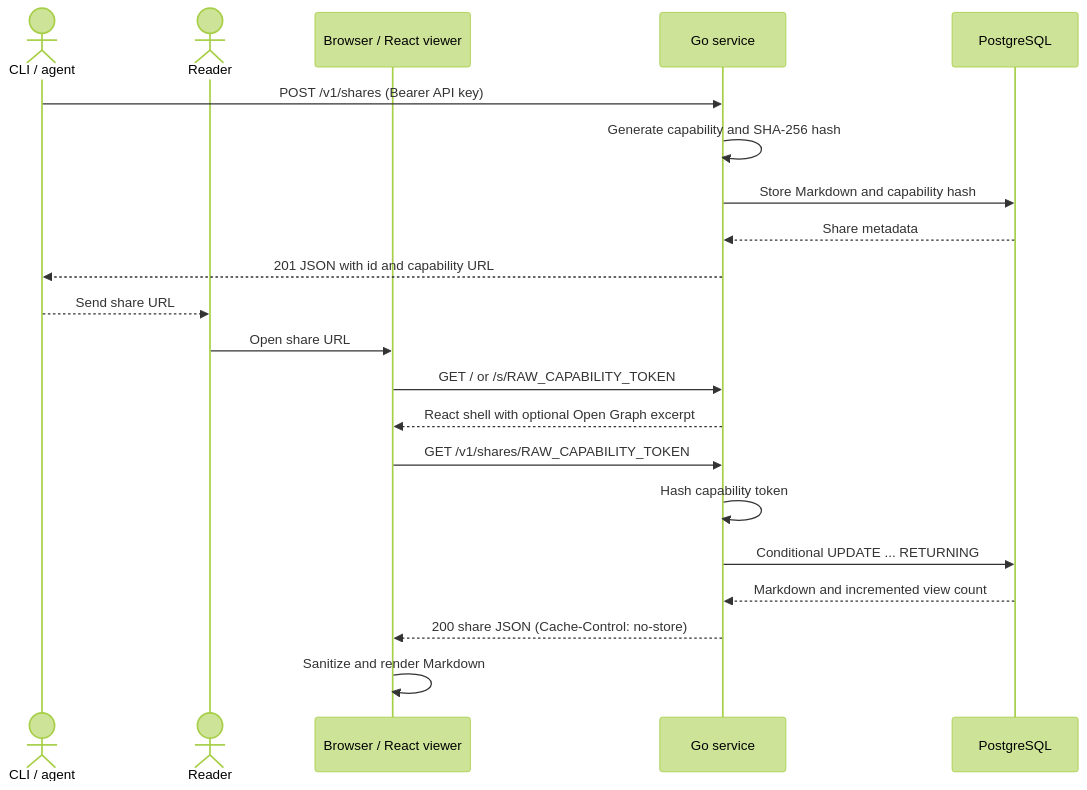
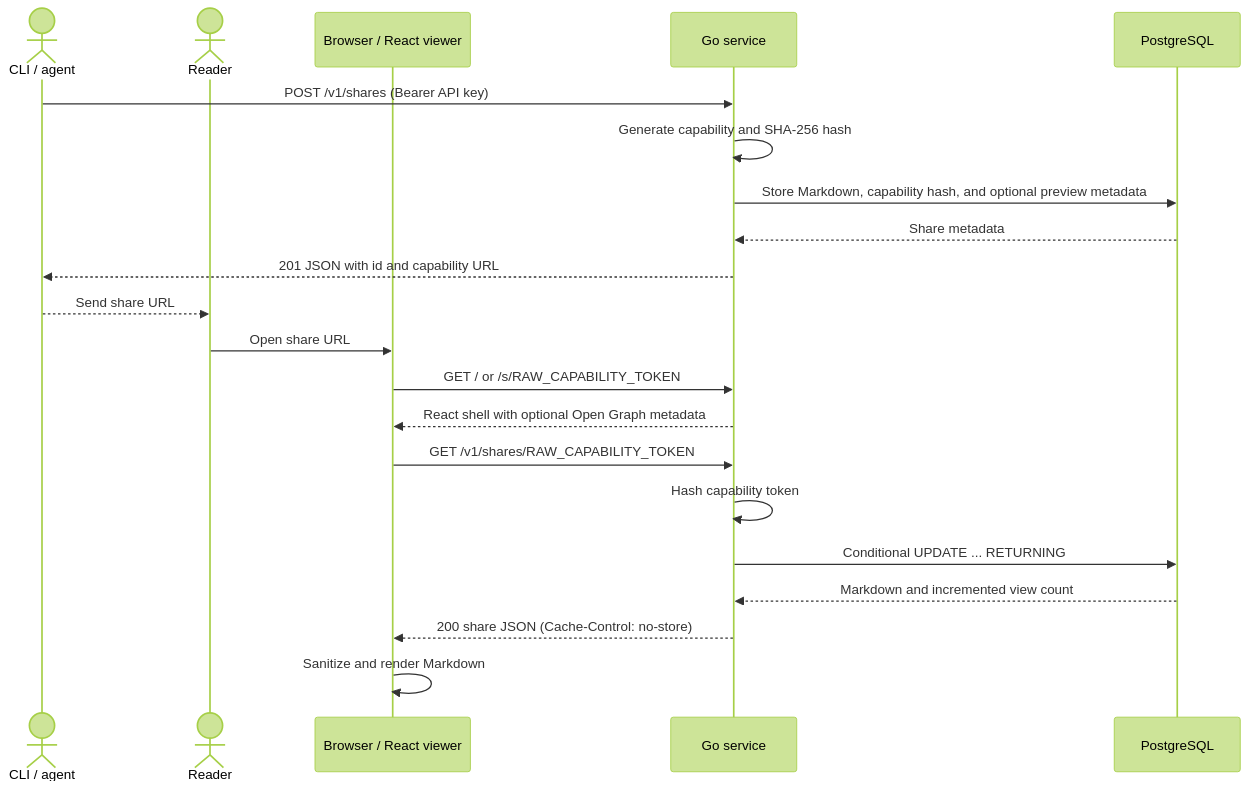
Before and after one commit to narumiruna/morsel: the second of 2 diagrams in README.md, drawn with Mermaid (forest theme). The commit also changed other lines of this file and 19 other files, not shown here.

Commit message:
feat(preview): require explicit metadata

````diff
--- a/README.md
+++ b/README.md
@@ -104,24 +108,24 @@
 ```mermaid
 sequenceDiagram
     actor Creator as CLI / agent
     actor Reader
     participant Viewer as Browser / React viewer
     participant Morsel as Go service
     participant DB as PostgreSQL
 
     Creator->>Morsel: POST /v1/shares (Bearer API key)
     Morsel->>Morsel: Generate capability and SHA-256 hash
-    Morsel->>DB: Store Markdown and capability hash
+    Morsel->>DB: Store Markdown, capability hash, and optional preview metadata
     DB-->>Morsel: Share metadata
     Morsel-->>Creator: 201 JSON with id and capability URL
     Creator-->>Reader: Send share URL
     Reader->>Viewer: Open share URL
     Viewer->>Morsel: GET / or /s/RAW_CAPABILITY_TOKEN
-    Morsel-->>Viewer: React shell with optional Open Graph excerpt
+    Morsel-->>Viewer: React shell with optional Open Graph metadata
     Viewer->>Morsel: GET /v1/shares/RAW_CAPABILITY_TOKEN
     Morsel->>Morsel: Hash capability token
     Morsel->>DB: Conditional UPDATE ... RETURNING
     DB-->>Morsel: Markdown and incremented view count
     Morsel-->>Viewer: 200 share JSON (Cache-Control: no-store)
     Viewer->>Viewer: Sanitize and render Markdown
 ```
````
